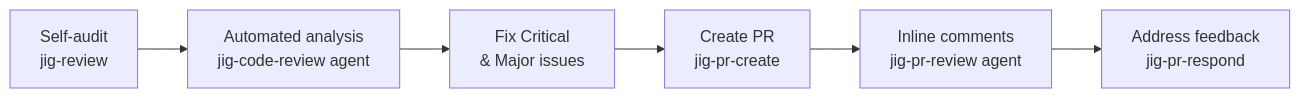
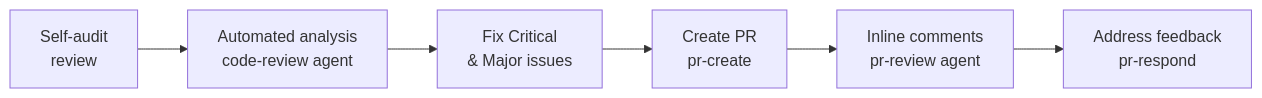
The fifth of 5 diagrams in core/skills/kickoff/SKILL.md (CasaPerks/casaflow), drawn with Mermaid before and after one commit. The commit also changed other lines of this file and 29 other files, not shown here.

First line of the commit message:
refactor: remove jig- prefix from all skill/agent references

````diff
--- a/core/skills/kickoff/SKILL.md
+++ b/core/skills/kickoff/SKILL.md
@@ -295,8 +295,8 @@
 ```mermaid
 graph LR
-  self["Self-audit<br/>jig-review"] --> agent["Automated analysis<br/>jig-code-review agent"]
+  self["Self-audit<br/>review"] --> agent["Automated analysis<br/>code-review agent"]
   agent --> fix["Fix Critical<br/>& Major issues"]
-  fix --> pr["Create PR<br/>jig-pr-create"]
-  pr --> inline["Inline comments<br/>jig-pr-review agent"]
-  inline --> respond["Address feedback<br/>jig-pr-respond"]
+  fix --> pr["Create PR<br/>pr-create"]
+  pr --> inline["Inline comments<br/>pr-review agent"]
+  inline --> respond["Address feedback<br/>pr-respond"]
 ```
````
